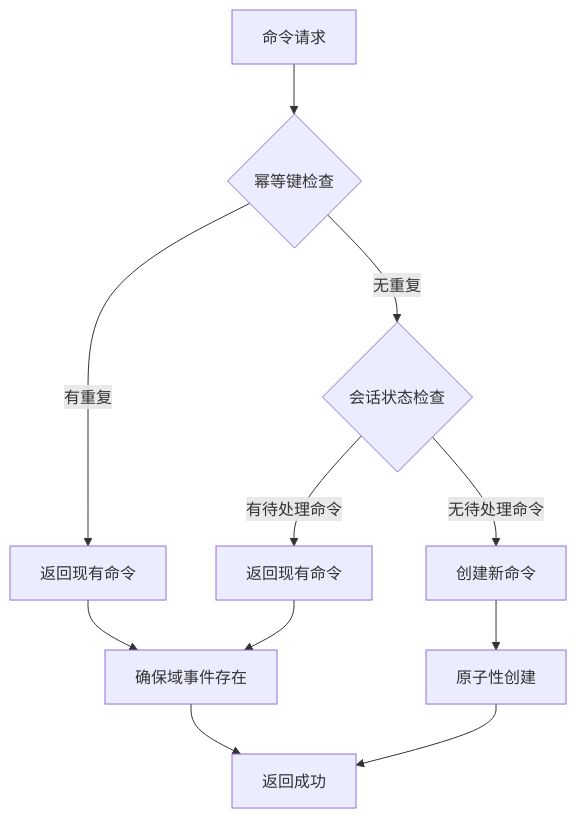
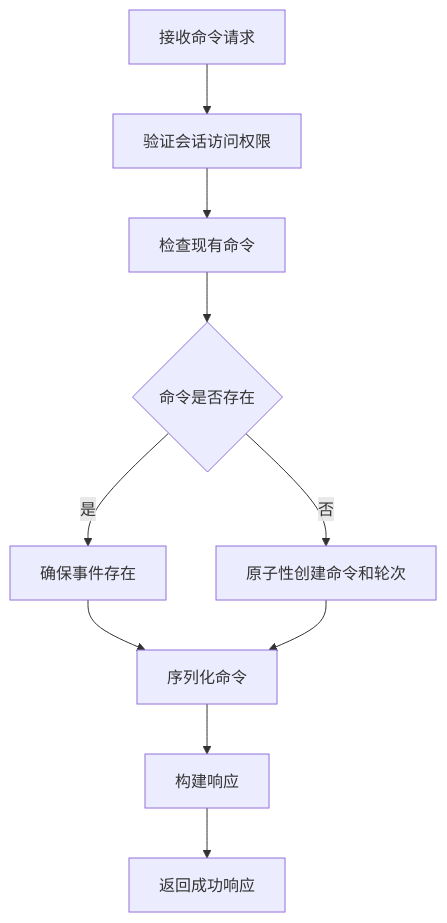
Before and after one commit to zhiyue/infinite-scribe: the fifth of 9 diagrams in apps/backend/src/common/services/conversation/README.md, drawn with Mermaid. The commit also changed other lines of this file and 1 other file, not shown here.

````diff
--- a/apps/backend/src/common/services/conversation/README.md
+++ b/apps/backend/src/common/services/conversation/README.md
@@ -192,13 +166,14 @@
 ```mermaid
-graph TD
-    A[命令请求] --> B{幂等键检查}
-    B -->|有重复| C[返回现有命令]
-    B -->|无重复| D{会话状态检查}
-    D -->|有待处理命令| E[返回现有命令]
-    D -->|无待处理命令| F[创建新命令]
-    C --> G[确保域事件存在]
-    E --> G
-    F --> H[原子性创建]
-    G --> I[返回成功]
-    H --> I
+flowchart TD
+    A[接收命令请求] --> B[验证会话访问权限]
+    B --> C[检查现有命令]
+    C --> D{命令是否存在}
+    
+    D -->|是| E[确保事件存在]
+    D -->|否| F[原子性创建命令和轮次]
+    
+    E --> G[序列化命令]
+    F --> G
+    G --> H[构建响应]
+    H --> I[返回成功响应]
 ```
````
